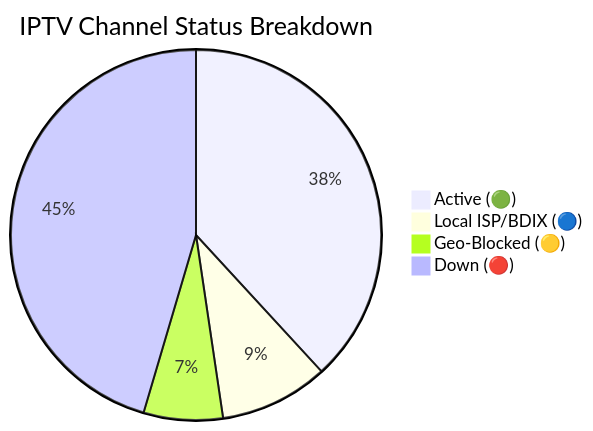
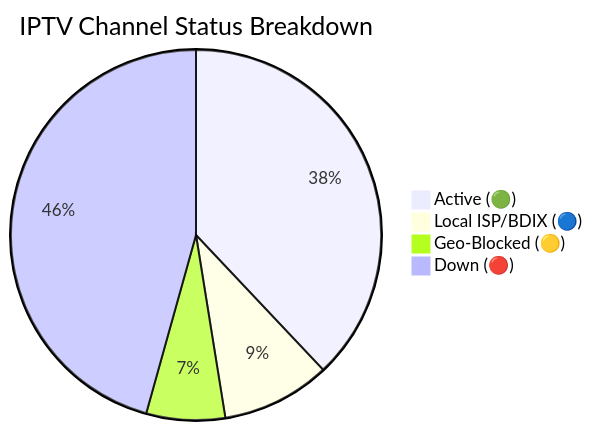
One commit to Zaman-Topu/Ip-tv-Collection changed the diagram in README.md. Above: the diagram before and after it, drawn with Mermaid. The commit also changed other lines of this file and 1 other file, not shown here.

Commit message:
docs(readme): auto-update daily channel status chart

````diff
--- a/README.md
+++ b/README.md
@@ -59,7 +59,7 @@
 ```mermaid
 pie title IPTV Channel Status Breakdown
-    "Active (🟢)" : 3082
+    "Active (🟢)" : 3066
     "Local ISP/BDIX (🔵)" : 767
-    "Geo-Blocked (🟡)" : 558
-    "Down (🔴)" : 3669
+    "Geo-Blocked (🟡)" : 555
+    "Down (🔴)" : 3688
 ```
````
